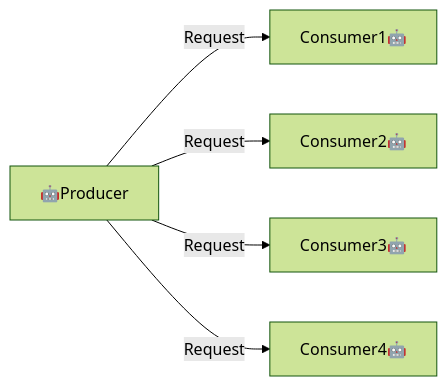
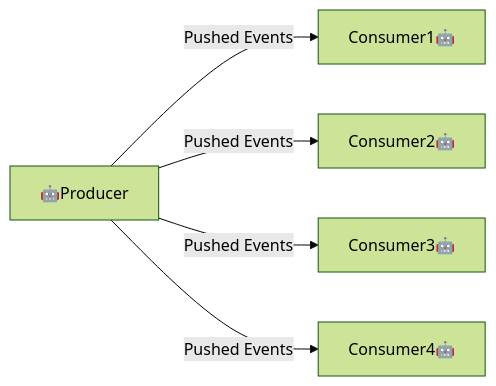
Before and after one commit to mossdet/mlops-dlp: the third of 3 diagrams in week04/README.md, drawn with Mermaid (forest theme). The commit also changed other lines of this file, not shown here.

````diff
--- a/week04/README.md
+++ b/week04/README.md
@@ -44,7 +49,7 @@
 ```mermaid
 graph LR
-    Producer[🤖Producer]--> |Request| Consumer1[Consumer1🤖]
-    Producer[🤖Producer]--> |Request| Consumer2[Consumer2🤖]
-    Producer[🤖Producer]--> |Request| Consumer3[Consumer3🤖]
-    Producer[🤖Producer]--> |Request| Consumer4[Consumer4🤖]
+    Producer[🤖Producer]--> |Pushed Events| Consumer1[Consumer1🤖]
+    Producer[🤖Producer]--> |Pushed Events| Consumer2[Consumer2🤖]
+    Producer[🤖Producer]--> |Pushed Events| Consumer3[Consumer3🤖]
+    Producer[🤖Producer]--> |Pushed Events| Consumer4[Consumer4🤖]
 ```
````
